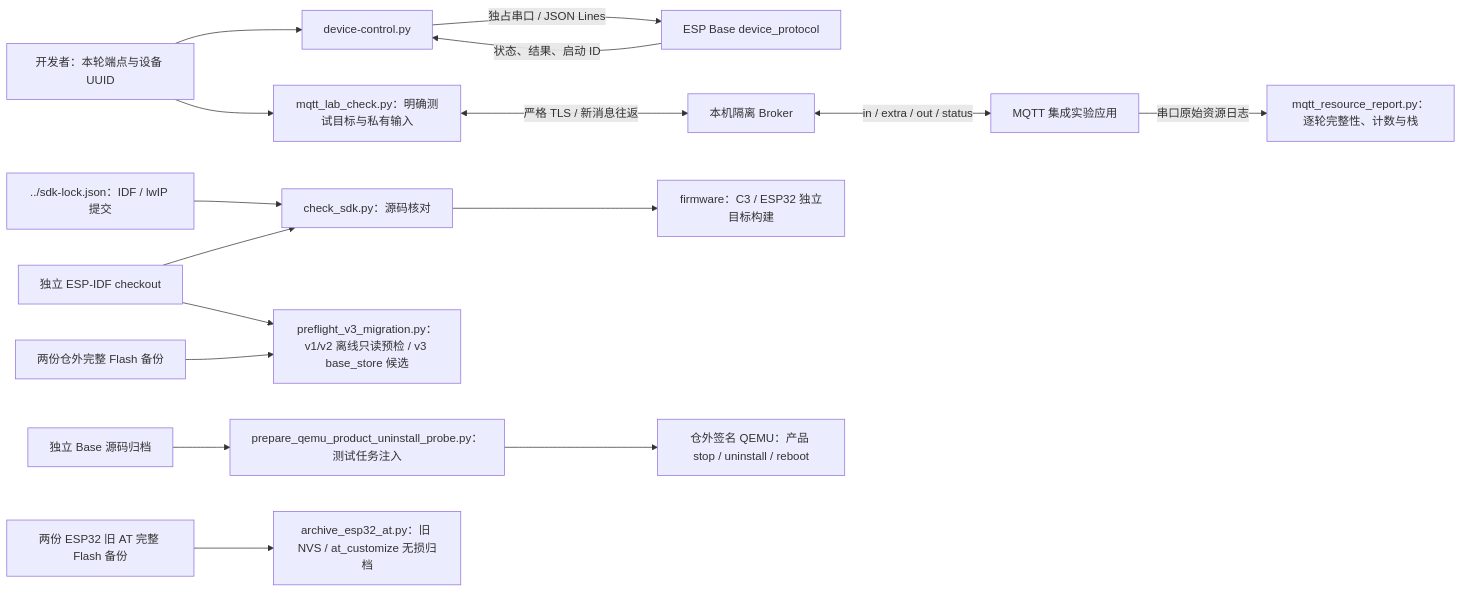
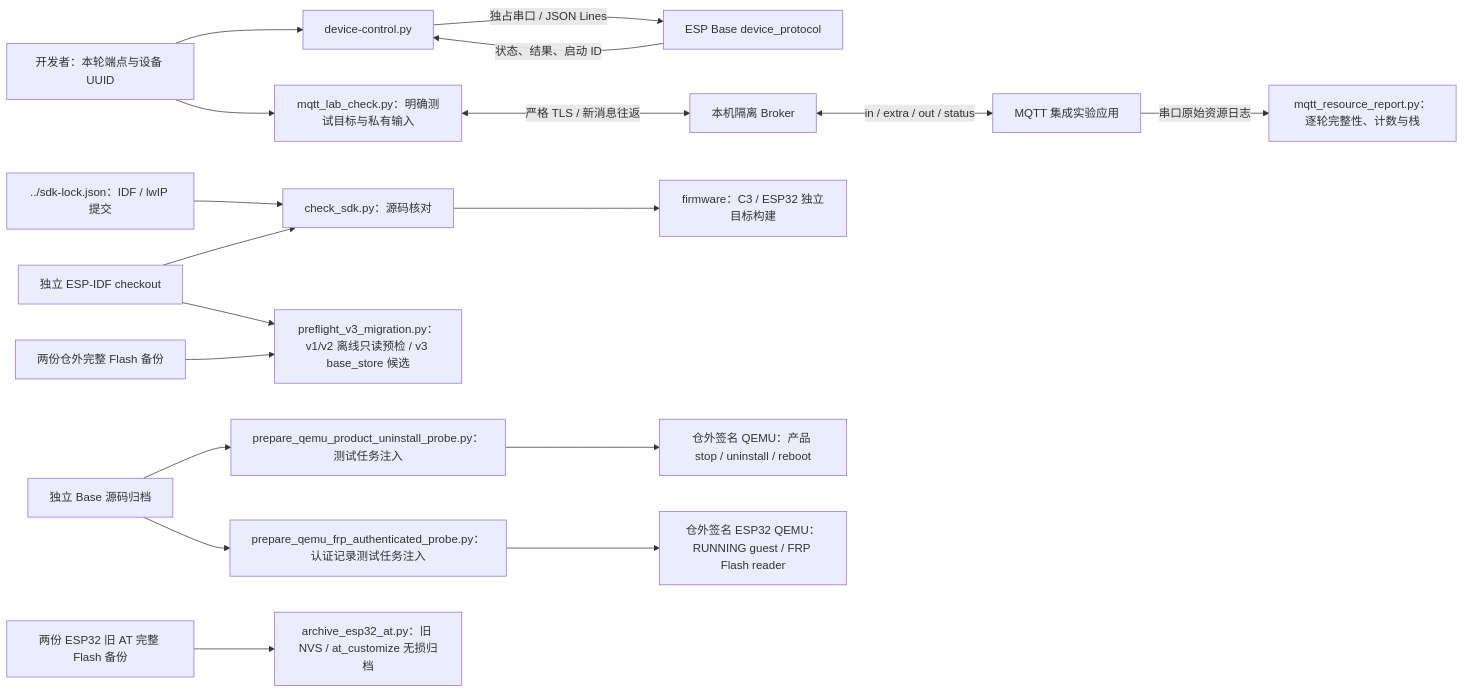
The diagram in tools/README.md (darren-you/esp-base), drawn with Mermaid before and after one commit. The commit also changed other lines of this file and 7 other files, not shown here.

Commit message:
验证 ESP32 签名 guest 中的 FRP 认证记录与资源门

````diff
--- a/tools/README.md
+++ b/tools/README.md
@@ -7,18 +7,20 @@
 ```mermaid
 flowchart LR
     user["开发者：本轮端点与设备 UUID"] --> cli["device-control.py"]
     cli -->|"独占串口 / JSON Lines"| firmware["ESP Base device_protocol"]
     firmware -->|"状态、结果、启动 ID"| cli
     user --> checker["mqtt_lab_check.py：明确测试目标与私有输入"]
     checker <-->|"严格 TLS / 新消息往返"| broker["本机隔离 Broker"]
     broker <-->|"in / extra / out / status"| lab["MQTT 集成实验应用"]
     lab -->|"串口原始资源日志"| report["mqtt_resource_report.py：逐轮完整性、计数与栈"]
     sdk_lock["../sdk-lock.json：IDF / lwIP 提交"] --> sdk_check["check_sdk.py：源码核对"]
     idf["独立 ESP-IDF checkout"] --> sdk_check
     sdk_check --> build["firmware：C3 / ESP32 独立目标构建"]
     backup["两份仓外完整 Flash 备份"] --> preflight["preflight_v3_migration.py：v1/v2 离线只读预检 / v3 base_store 候选"]
     idf --> preflight
     archive["独立 Base 源码归档"] --> uninstall_probe["prepare_qemu_product_uninstall_probe.py：测试任务注入"]
     uninstall_probe --> qemu["仓外签名 QEMU：产品 stop / uninstall / reboot"]
+    archive --> frp_probe["prepare_qemu_frp_authenticated_probe.py：认证记录测试任务注入"]
+    frp_probe --> frp_qemu["仓外签名 ESP32 QEMU：RUNNING guest / FRP Flash reader"]
     at_backup["两份 ESP32 旧 AT 完整 Flash 备份"] --> at_archive["archive_esp32_at.py：旧 NVS / at_customize 无损归档"]
 ```
````
